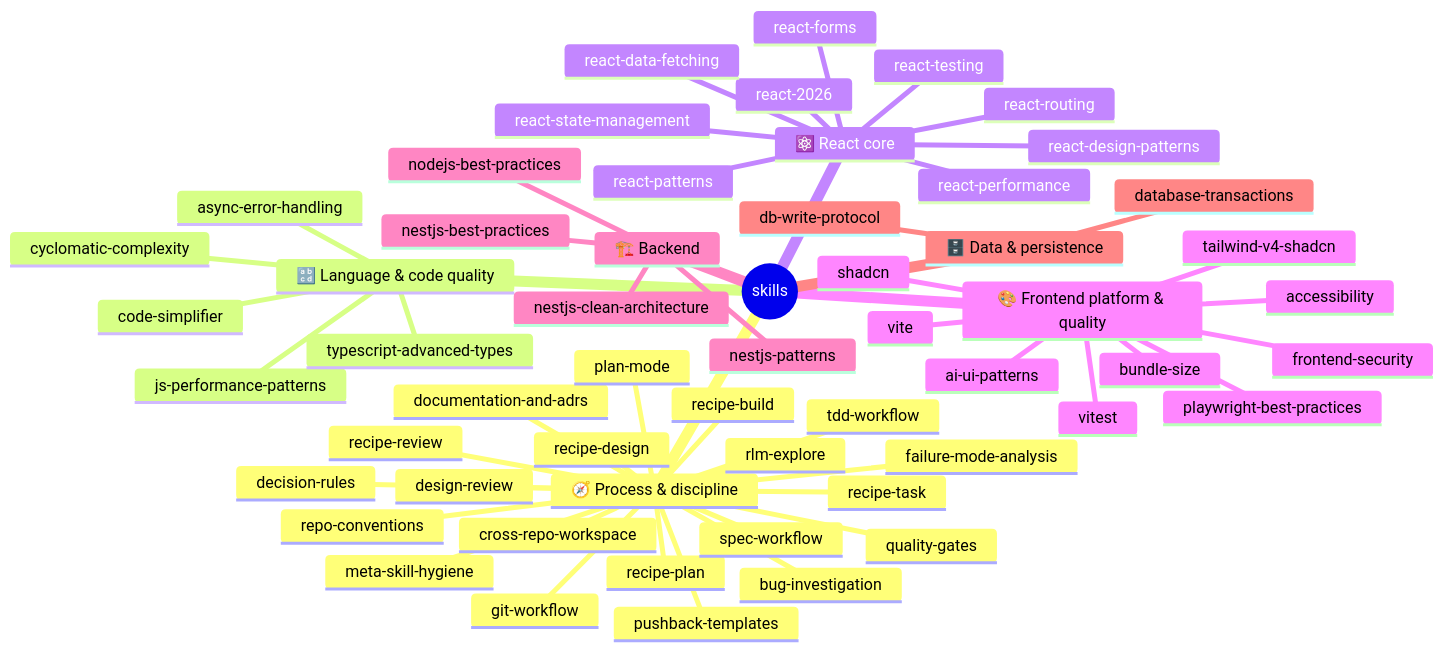
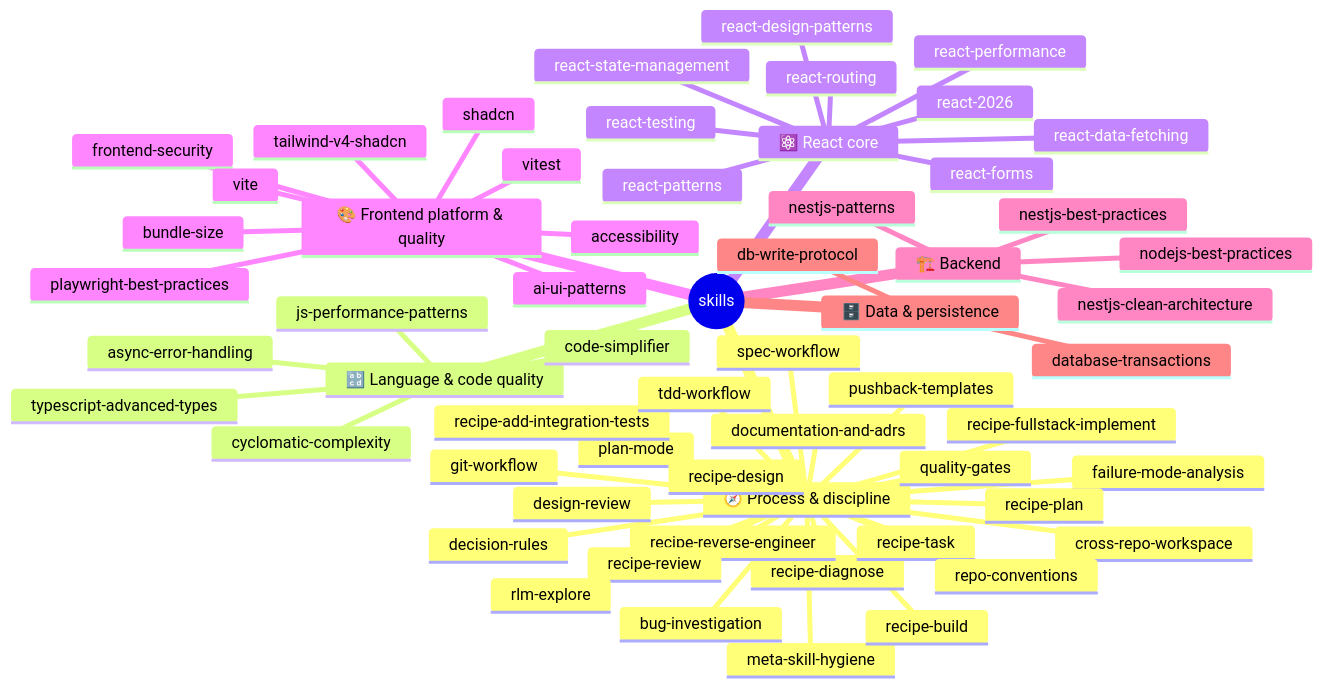
Before and after one commit to TierOne-Studio/llm-harness-fullstack: the diagram in template/.ruler/skills/README.md, drawn with Mermaid. The commit also changed other lines of this file and 8 other files, not shown here.

````diff
--- a/template/.ruler/skills/README.md
+++ b/template/.ruler/skills/README.md
@@ -12,59 +12,63 @@
 ```mermaid
 mindmap
   root((skills))
     🧭 Process & discipline
       bug-investigation
       cross-repo-workspace
       decision-rules
       design-review
       documentation-and-adrs
       failure-mode-analysis
       git-workflow
       meta-skill-hygiene
       plan-mode
       pushback-templates
       quality-gates
+      recipe-add-integration-tests
       recipe-build
       recipe-design
+      recipe-diagnose
+      recipe-fullstack-implement
       recipe-plan
+      recipe-reverse-engineer
       recipe-review
       recipe-task
       repo-conventions
       rlm-explore
       spec-workflow
       tdd-workflow
     🔡 Language & code quality
       async-error-handling
       code-simplifier
       cyclomatic-complexity
       js-performance-patterns
       typescript-advanced-types
     ⚛️ React core
       react-2026
       react-data-fetching
       react-design-patterns
       react-forms
       react-patterns
       react-performance
       react-routing
       react-state-management
       react-testing
     🎨 Frontend platform & quality
       accessibility
       ai-ui-patterns
       bundle-size
       frontend-security
       playwright-best-practices
       shadcn
       tailwind-v4-shadcn
       vite
       vitest
     🏗️ Backend
       nestjs-best-practices
       nestjs-clean-architecture
       nestjs-patterns
       nodejs-best-practices
     🗄️ Data & persistence
       database-transactions
       db-write-protocol
 ```
````
